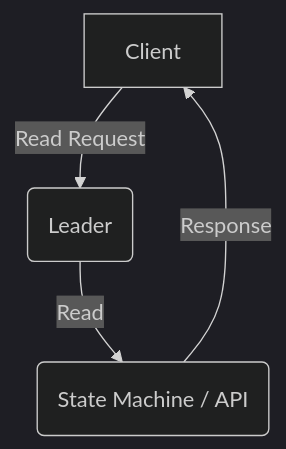
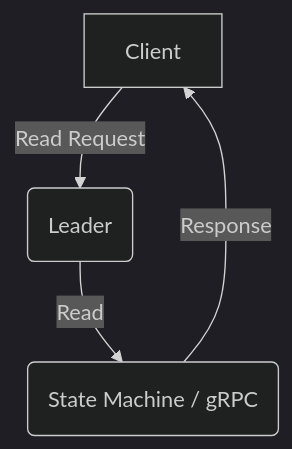
The second of 3 diagrams in README.md (emmahone/etcd-101), drawn with Mermaid (dark theme) before and after one commit.

````diff
--- a/README.md
+++ b/README.md
@@ -66,6 +66,6 @@
 ```mermaid
 graph TD;
   A[Client] -- Read Request --> B(Leader);
-  B -- Read --> C(State Machine / API);
+  B -- Read --> C(State Machine / gRPC);
   C -- Response --> A;
 ```
````
